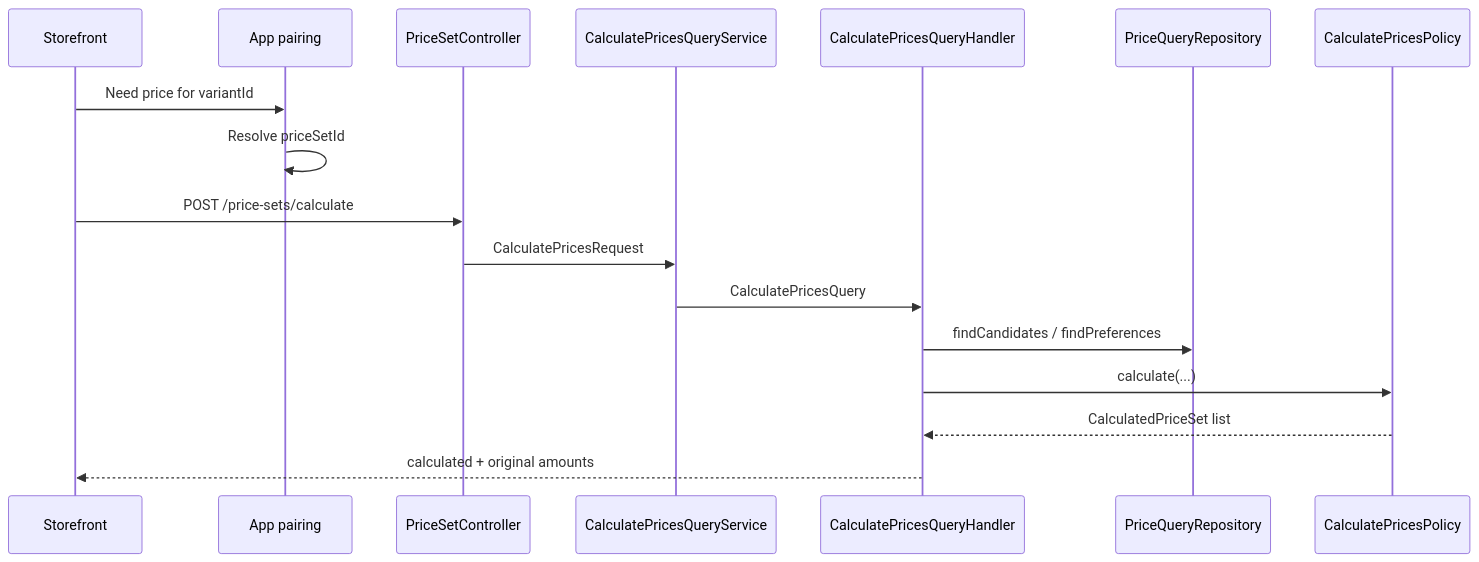
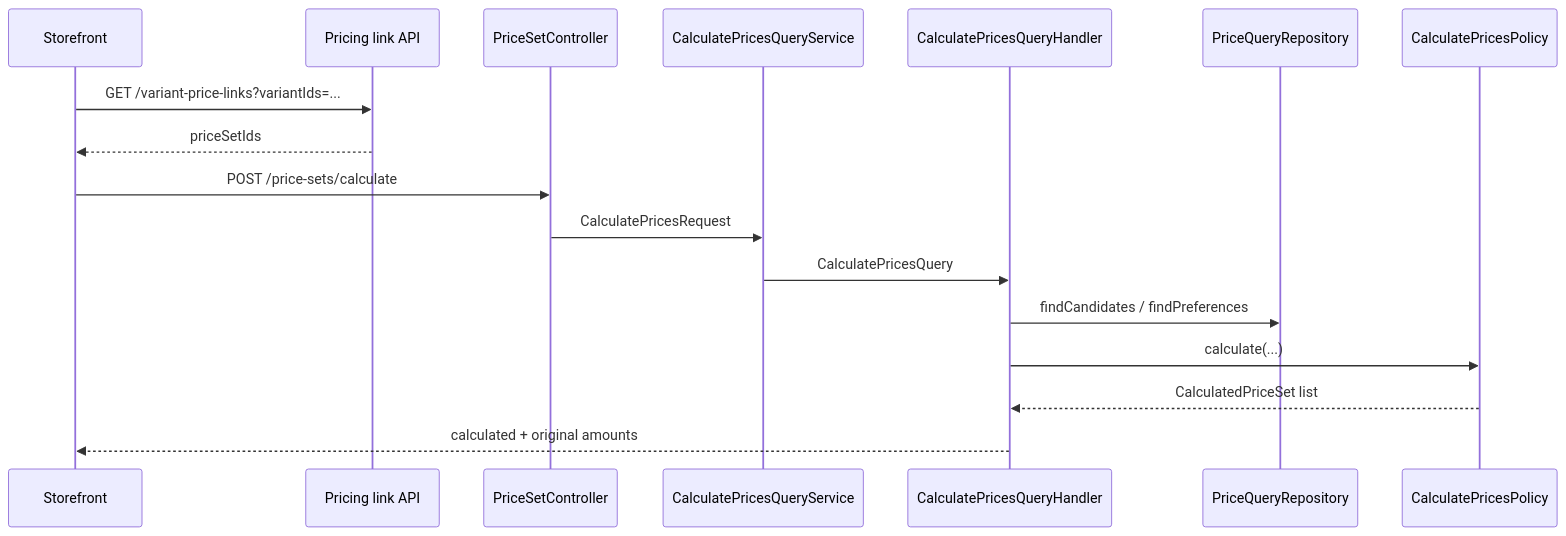
The seventh of 7 diagrams in docs/pricing/architecture/ADR_001-Pricing_module_architecture.md (khinemyaezin/grab), drawn with Mermaid before and after one commit. The commit also changed other lines of this file and 66 other files, not shown here.

Commit message:
feat: implement variant price set link functionality with CRUD operations and API integration

````diff
--- a/docs/pricing/architecture/ADR_001-Pricing_module_architecture.md
+++ b/docs/pricing/architecture/ADR_001-Pricing_module_architecture.md
@@ -409,20 +408,20 @@
 ```mermaid
 sequenceDiagram
     participant Storefront
-    participant App as App pairing
+    participant PC as Pricing link API
     participant C as PriceSetController
     participant S as CalculatePricesQueryService
     participant H as CalculatePricesQueryHandler
     participant Q as PriceQueryRepository
     participant P as CalculatePricesPolicy
 
-    Storefront->>App: Need price for variantId
-    App->>App: Resolve priceSetId
+    Storefront->>PC: GET /variant-price-links?variantIds=...
+    PC-->>Storefront: priceSetIds
     Storefront->>C: POST /price-sets/calculate
     C->>S: CalculatePricesRequest
     S->>H: CalculatePricesQuery
     H->>Q: findCandidates / findPreferences
     H->>P: calculate(...)
     P-->>H: CalculatedPriceSet list
     H-->>Storefront: calculated + original amounts
 ```
````
